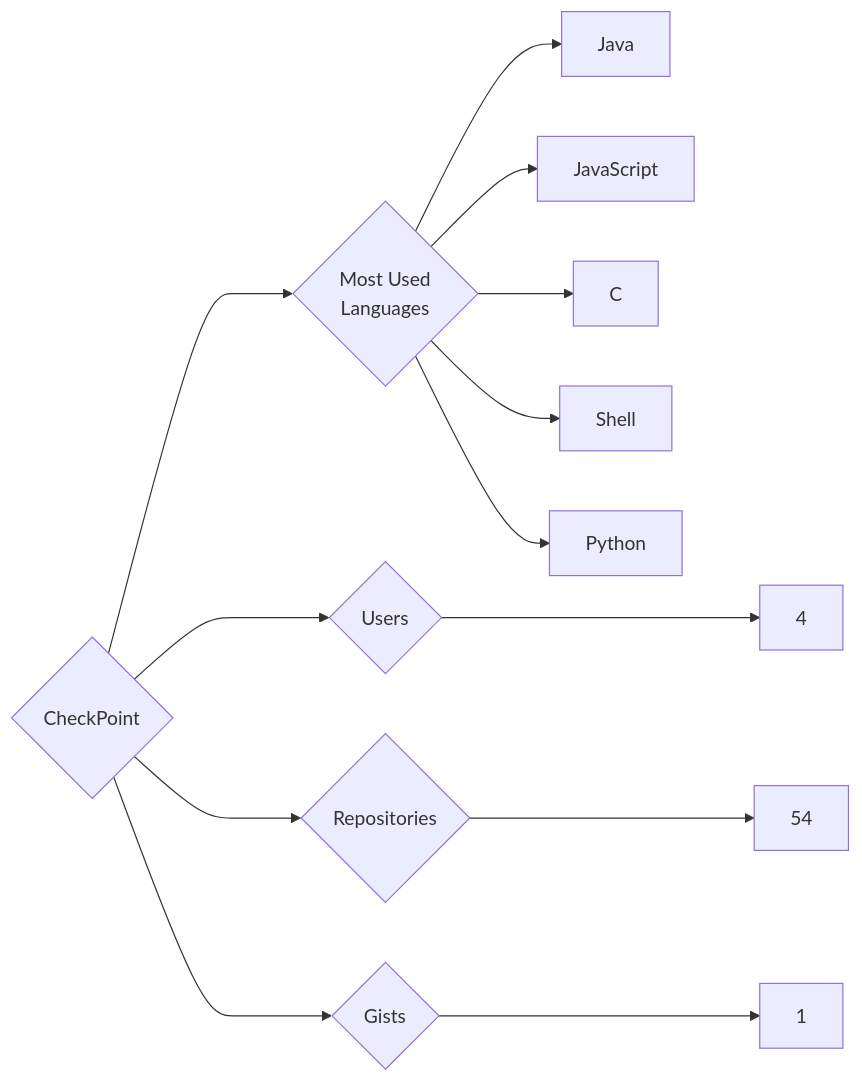
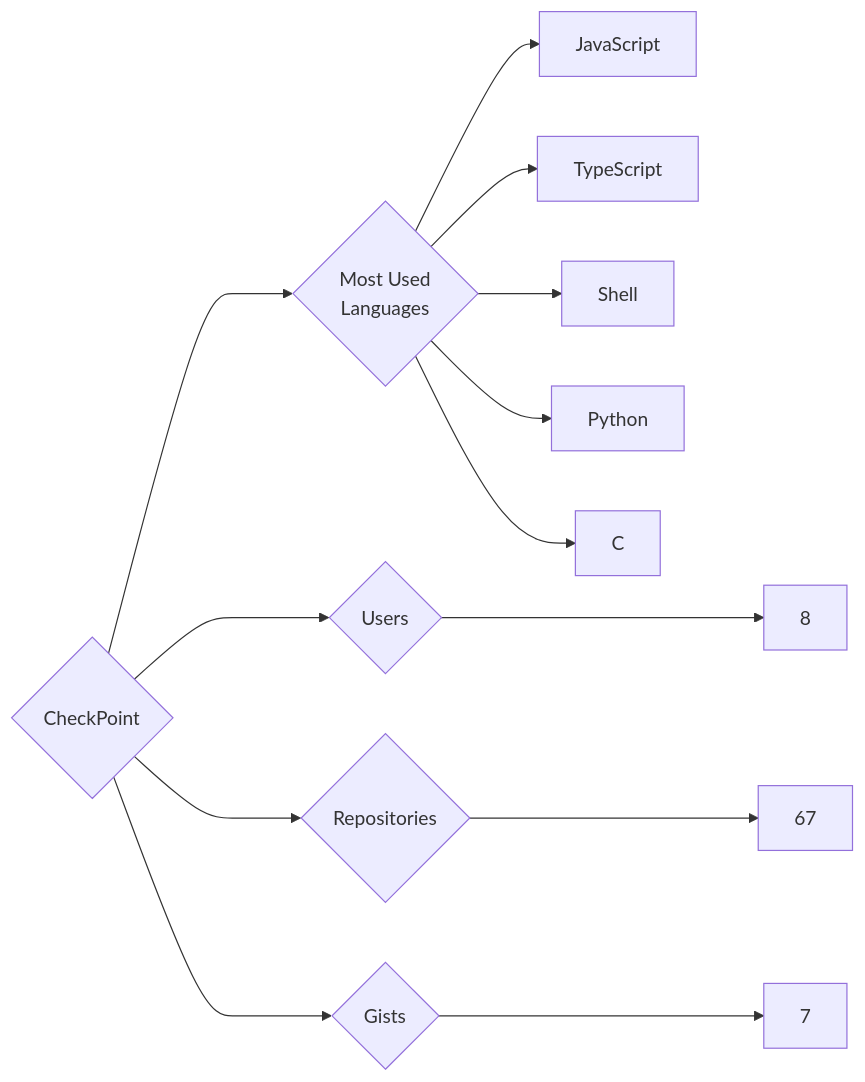
Before and after one commit to trickest/insiders: the diagram in targets/CheckPoint/README.md, drawn with Mermaid. The commit also changed 840 other files, not shown here.

````diff
--- a/targets/CheckPoint/README.md
+++ b/targets/CheckPoint/README.md
@@ -3,13 +3,13 @@
 ```mermaid
 graph LR
 COMPANY_NAME{CheckPoint}
-COMPANY_NAME ---> U{Users} ---> UN[4]
-COMPANY_NAME ---> R{Repositories} ---> RN[54]
-COMPANY_NAME ---> G{Gists} ---> GN[1]
+COMPANY_NAME ---> U{Users} ---> UN[8]
+COMPANY_NAME ---> R{Repositories} ---> RN[67]
+COMPANY_NAME ---> G{Gists} ---> GN[7]
 COMPANY_NAME ---> ML{Most Used<br>Languages}
-ML --> Java[Java]
 ML --> JavaScript[JavaScript]
-ML --> C[C]
+ML --> TypeScript[TypeScript]
 ML --> Shell[Shell]
 ML --> Python[Python]
+ML --> C[C]
 ```
````
